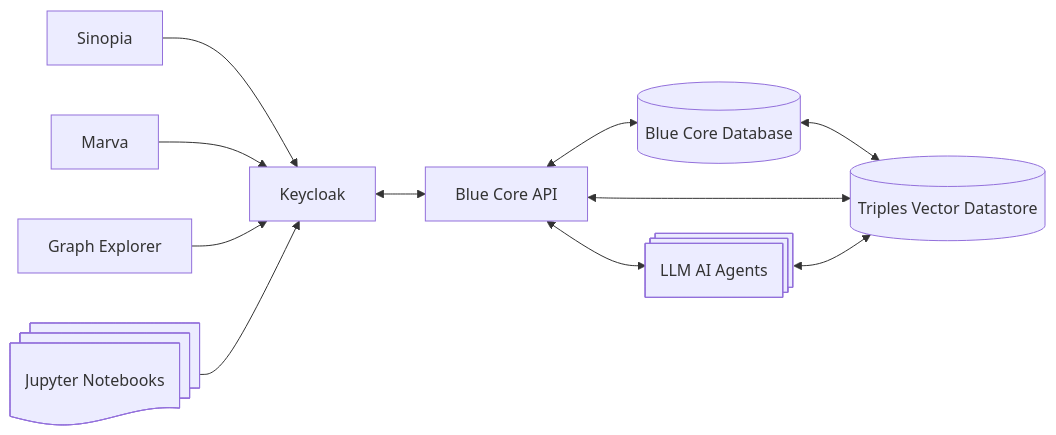
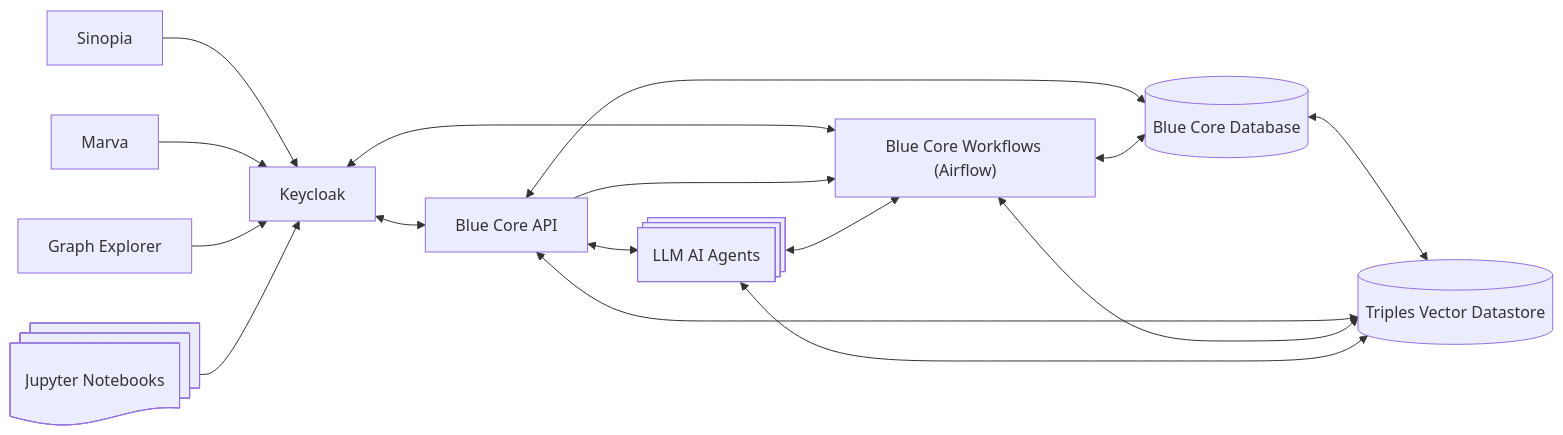
Before and after one commit to blue-core-lod/bluecore-stack: the diagram in README.md, drawn with Mermaid.

Commit message:
Adds Workfows to README.md diagram

````diff
--- a/README.md
+++ b/README.md
@@ -26,14 +26,19 @@
 ```mermaid
 graph LR;
     sinopia["Sinopia"] --> keycloak["Keycloak"]
     marva["Marva"] --> keycloak
     graph_explorer["Graph Explorer"] --> keycloak
     notebooks@{ shape: docs, label: "Jupyter Notebooks"} --> keycloak
 
     keycloak <--> api["Blue Core API"]
+    keycloak <--> workflows["Blue Core Workflows (Airflow)"]
     api <--> db[("Blue Core Database")]
+    api --> workflows
+    workflows <--> db
     db <--> vector_db[("Triples Vector Datastore")]
     api <--> vector_db
+    workflows <--> vector_db
     api <--> ai_agents@{ shape: procs, label: "LLM AI Agents"}
+    ai_agents <--> workflows
     ai_agents <--> vector_db
 ```
````
